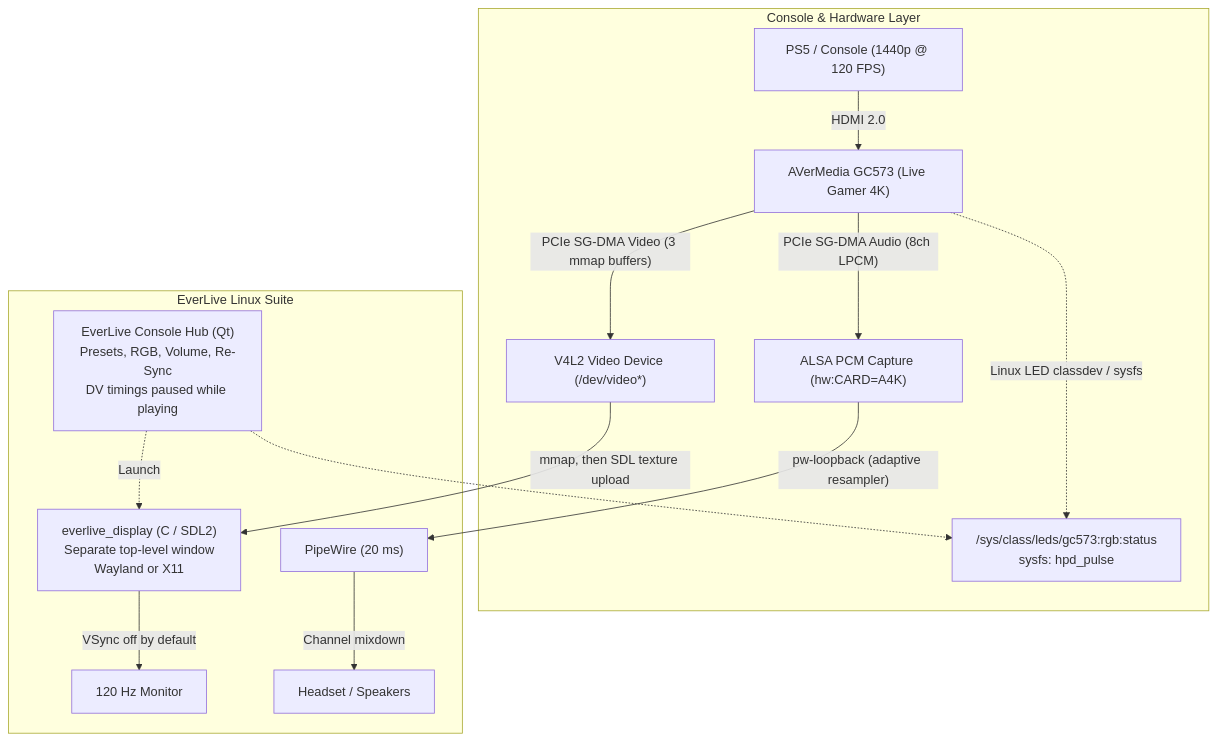
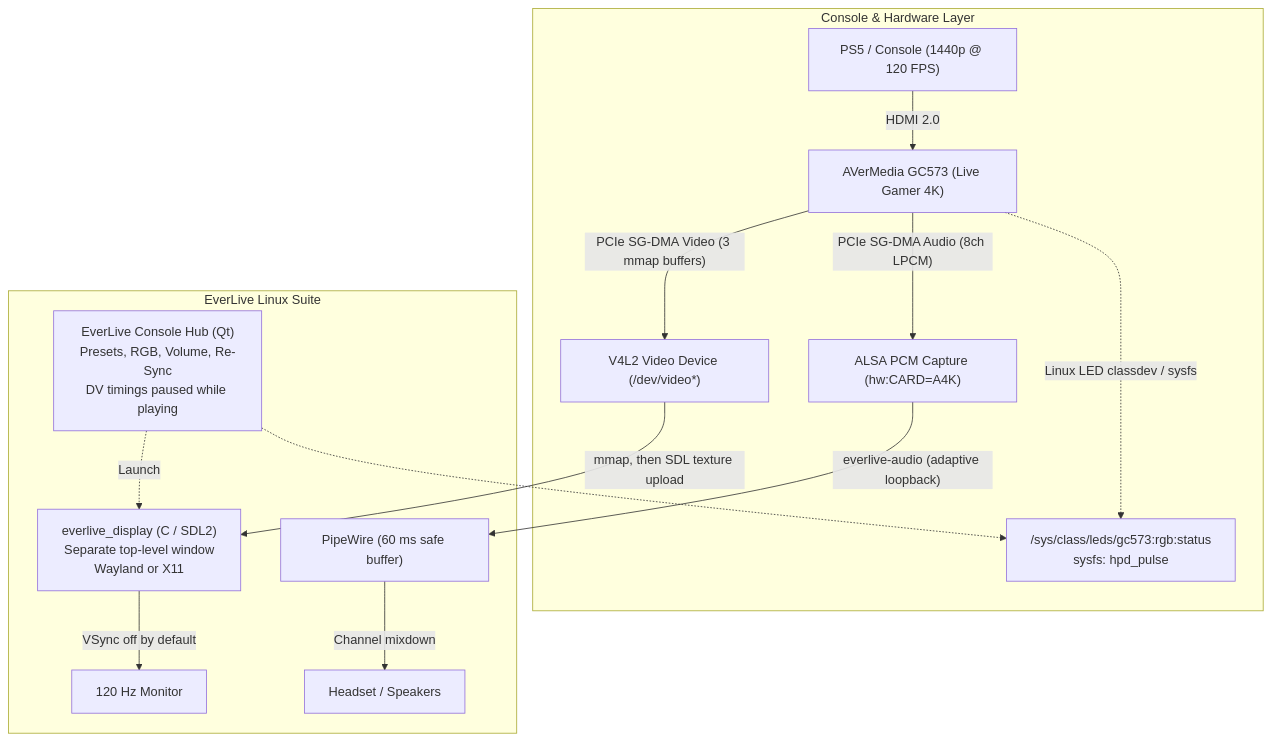
The diagram in README.md (Everlite/EverLive), drawn with Mermaid before and after one commit. The commit also changed other lines of this file and 1 other file, not shown here.

Commit message:
docs: align README with latest driver state, audio pipeline, and kernel 7.2.11

````diff
--- a/README.md
+++ b/README.md
@@ -125,21 +125,21 @@
 ```mermaid
 flowchart TD
   subgraph Hardware["Console & Hardware Layer"]
     ps5["PS5 / Console (1440p @ 120 FPS)"] -->|HDMI 2.0| gc573["AVerMedia GC573 (Live Gamer 4K)"]
     gc573 -->|"PCIe SG-DMA Video (3 mmap buffers)"| v4l2["V4L2 Video Device (/dev/video*)"]
     gc573 -->|"PCIe SG-DMA Audio (8ch LPCM)"| alsa["ALSA PCM Capture (hw:CARD=A4K)"]
     gc573 -.->|"Linux LED classdev / sysfs"| sysfs["/sys/class/leds/gc573:rgb:status<br/>sysfs: hpd_pulse"]
   end
 
   subgraph EverLive["EverLive Linux Suite"]
     hub["EverLive Console Hub (Qt)<br/>Presets, RGB, Volume, Re-Sync<br/>DV timings paused while playing"]
     hub -.->|Launch| game["everlive_display (C / SDL2)<br/>Separate top-level window<br/>Wayland or X11"]
     hub -.-> sysfs
 
     v4l2 -->|"mmap, then SDL texture upload"| game
     game -->|"VSync off by default"| screen["120 Hz Monitor"]
 
-    alsa -->|"pw-loopback (adaptive resampler)"| pw["PipeWire (20 ms)"]
+    alsa -->|"everlive-audio (adaptive loopback)"| pw["PipeWire (60 ms safe buffer)"]
     pw -->|Channel mixdown| speakers["Headset / Speakers"]
   end
 ```
````
